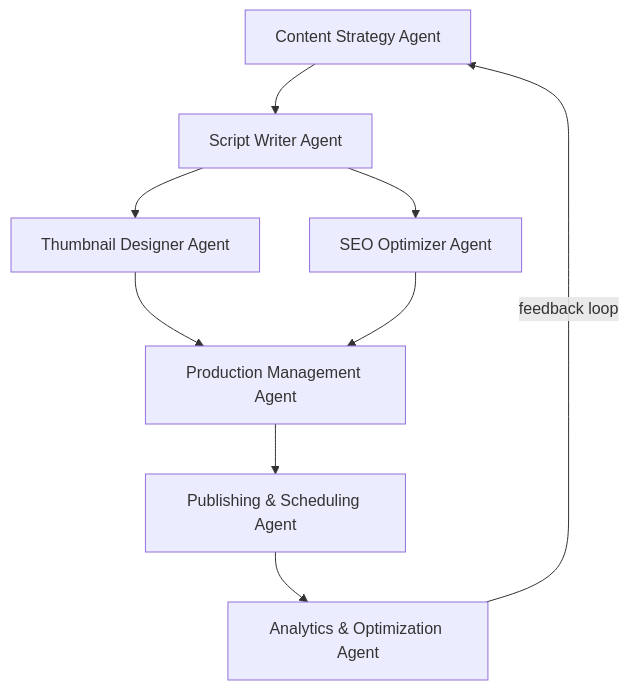
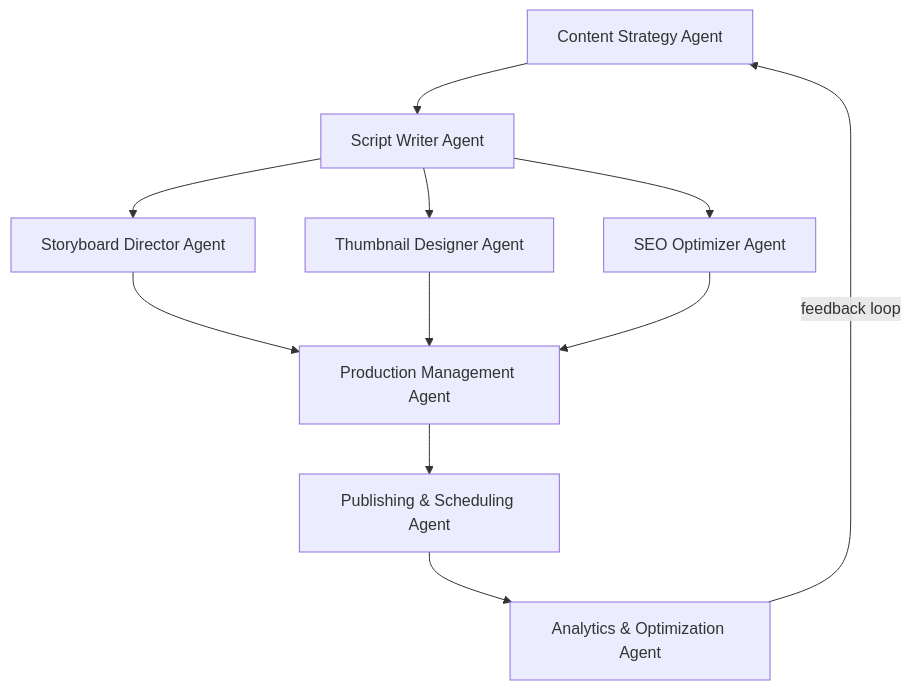
The first of 5 diagrams in README.md (pimentasforever-hue/youtube-automation-agent), drawn with Mermaid before and after one commit. The commit also changed other lines of this file and 6 other files, not shown here.

````diff
--- a/README.md
+++ b/README.md
@@ -61,11 +61,13 @@
 ```mermaid
 graph TD
     A[Content Strategy Agent] --> B[Script Writer Agent]
+    B --> S[Storyboard Director Agent]
     B --> C[Thumbnail Designer Agent]
     B --> D[SEO Optimizer Agent]
-    C --> E[Production Management Agent]
+    S --> E[Production Management Agent]
+    C --> E
     D --> E
     E --> F[Publishing & Scheduling Agent]
     F --> G[Analytics & Optimization Agent]
     G -->|feedback loop| A
 ```
````
